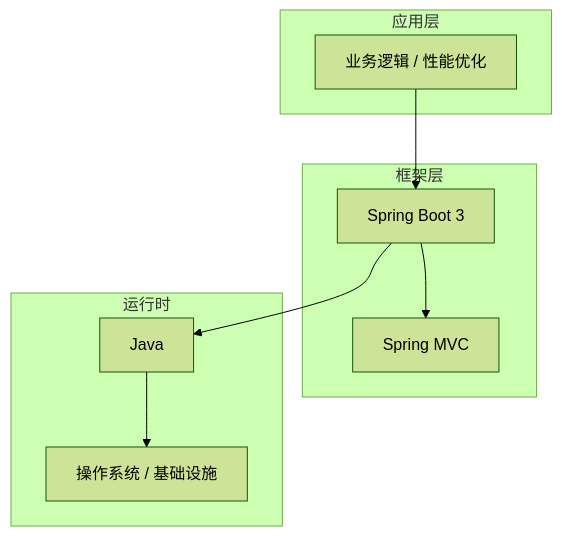
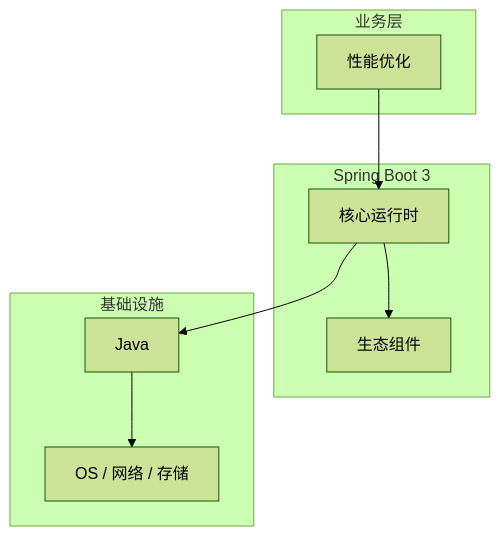
Before and after one commit to yanggan2015/knowledge-json-v2: the diagram in articles/Spring Boot/chapters/093-性能优化核心概念与原理.md, drawn with Mermaid (forest theme). The commit also changed other lines of this file and 10127 other files, not shown here.

````diff
--- a/articles/Spring Boot/chapters/093-性能优化核心概念与原理.md
+++ b/articles/Spring Boot/chapters/093-性能优化核心概念与原理.md
@@ -45,18 +34,18 @@
 ```mermaid
 graph TB
-    subgraph 应用层
-        A[业务逻辑 / 性能优化]
+    subgraph 业务层
+        A[性能优化]
     end
-    subgraph 框架层
-        B[Spring Boot 3]
-        C[Spring MVC]
+    subgraph Spring Boot 3
+        B[核心运行时]
+        C[生态组件]
     end
-    subgraph 运行时
+    subgraph 基础设施
         D[Java]
-        E[操作系统 / 基础设施]
+        E[OS / 网络 / 存储]
     end
     A --> B
     B --> C
     B --> D
     D --> E
 ```
````
